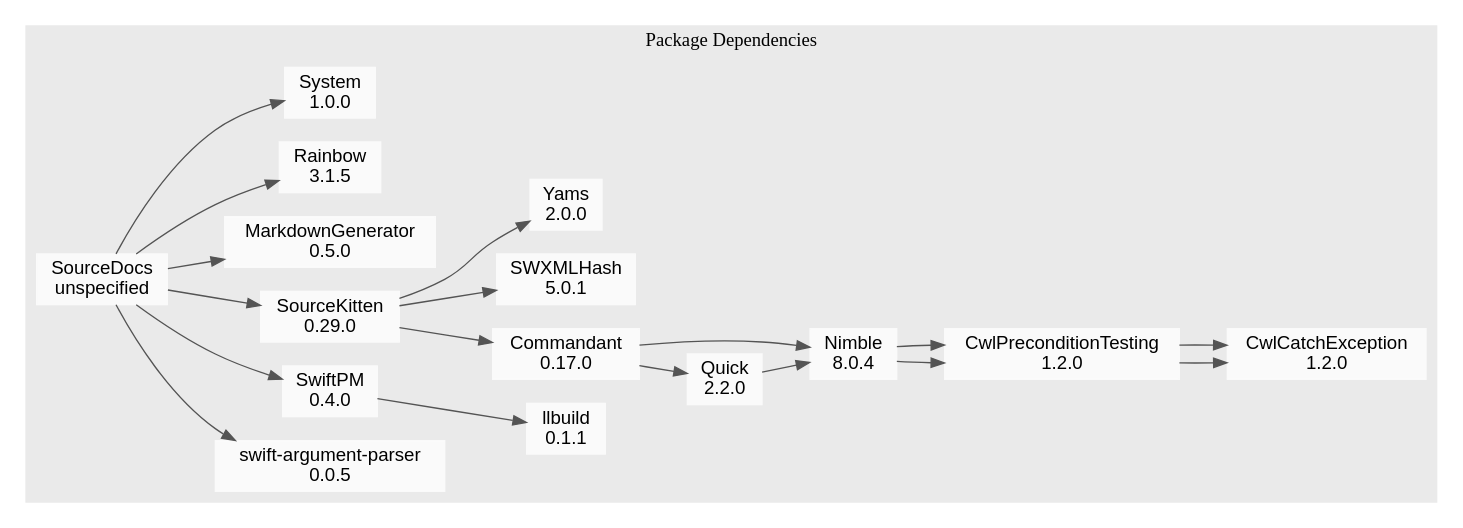
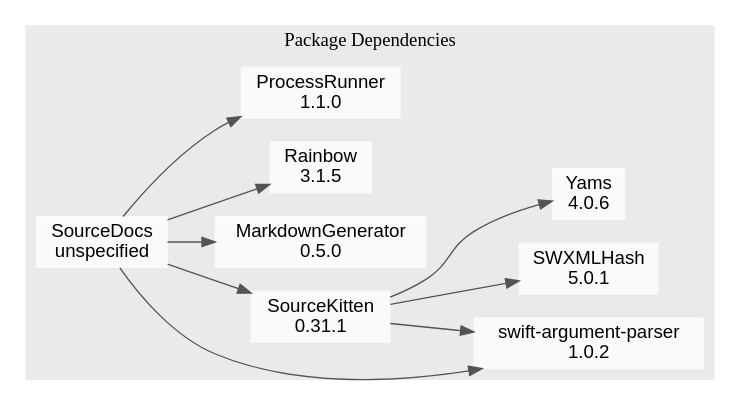
The diagram in docs/PackageDependencies.dot (SourceDocs/SourceDocs), drawn with Graphviz before and after one commit. The commit also changed 7 other files, not shown here.

```diff
--- a/docs/PackageDependencies.dot
+++ b/docs/PackageDependencies.dot
@@ -1,27 +1,18 @@
 digraph PackageDependencyGraph {
     rankdir = LR
     graph [fontname="Helvetica-light", style = filled, color = "#eaeaea"]
     node [shape=box, fontname="Helvetica", style=filled, color="#fafafa"]
     edge [color="#545454"]
 
     subgraph cluster {
         label = "Package Dependencies"
-        "SourceDocs\nunspecified" -> "swift-argument-parser\n0.0.5"
-        "SourceDocs\nunspecified" -> "SwiftPM\n0.4.0"
-        "SourceDocs\nunspecified" -> "SourceKitten\n0.29.0"
+        "SourceDocs\nunspecified" -> "swift-argument-parser\n1.0.2"
+        "SourceDocs\nunspecified" -> "SourceKitten\n0.31.1"
         "SourceDocs\nunspecified" -> "MarkdownGenerator\n0.5.0"
         "SourceDocs\nunspecified" -> "Rainbow\n3.1.5"
-        "SourceDocs\nunspecified" -> "System\n1.0.0"
-        "SwiftPM\n0.4.0" -> "llbuild\n0.1.1"
-        "SourceKitten\n0.29.0" -> "Commandant\n0.17.0"
-        "SourceKitten\n0.29.0" -> "SWXMLHash\n5.0.1"
-        "SourceKitten\n0.29.0" -> "Yams\n2.0.0"
-        "Commandant\n0.17.0" -> "Quick\n2.2.0"
-        "Commandant\n0.17.0" -> "Nimble\n8.0.4"
-        "Quick\n2.2.0" -> "Nimble\n8.0.4"
-        "Nimble\n8.0.4" -> "CwlPreconditionTesting\n1.2.0"
-        "CwlPreconditionTesting\n1.2.0" -> "CwlCatchException\n1.2.0"
-        "Nimble\n8.0.4" -> "CwlPreconditionTesting\n1.2.0"
-        "CwlPreconditionTesting\n1.2.0" -> "CwlCatchException\n1.2.0"
+        "SourceDocs\nunspecified" -> "ProcessRunner\n1.1.0"
+        "SourceKitten\n0.31.1" -> "swift-argument-parser\n1.0.2"
+        "SourceKitten\n0.31.1" -> "SWXMLHash\n5.0.1"
+        "SourceKitten\n0.31.1" -> "Yams\n4.0.6"
     }
 }
```
